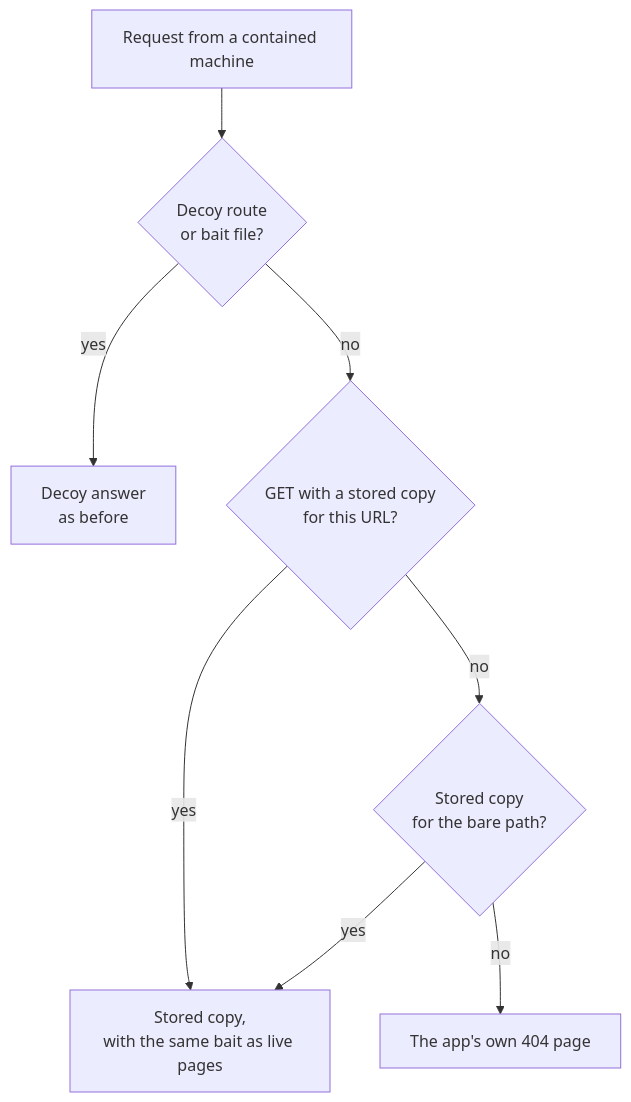
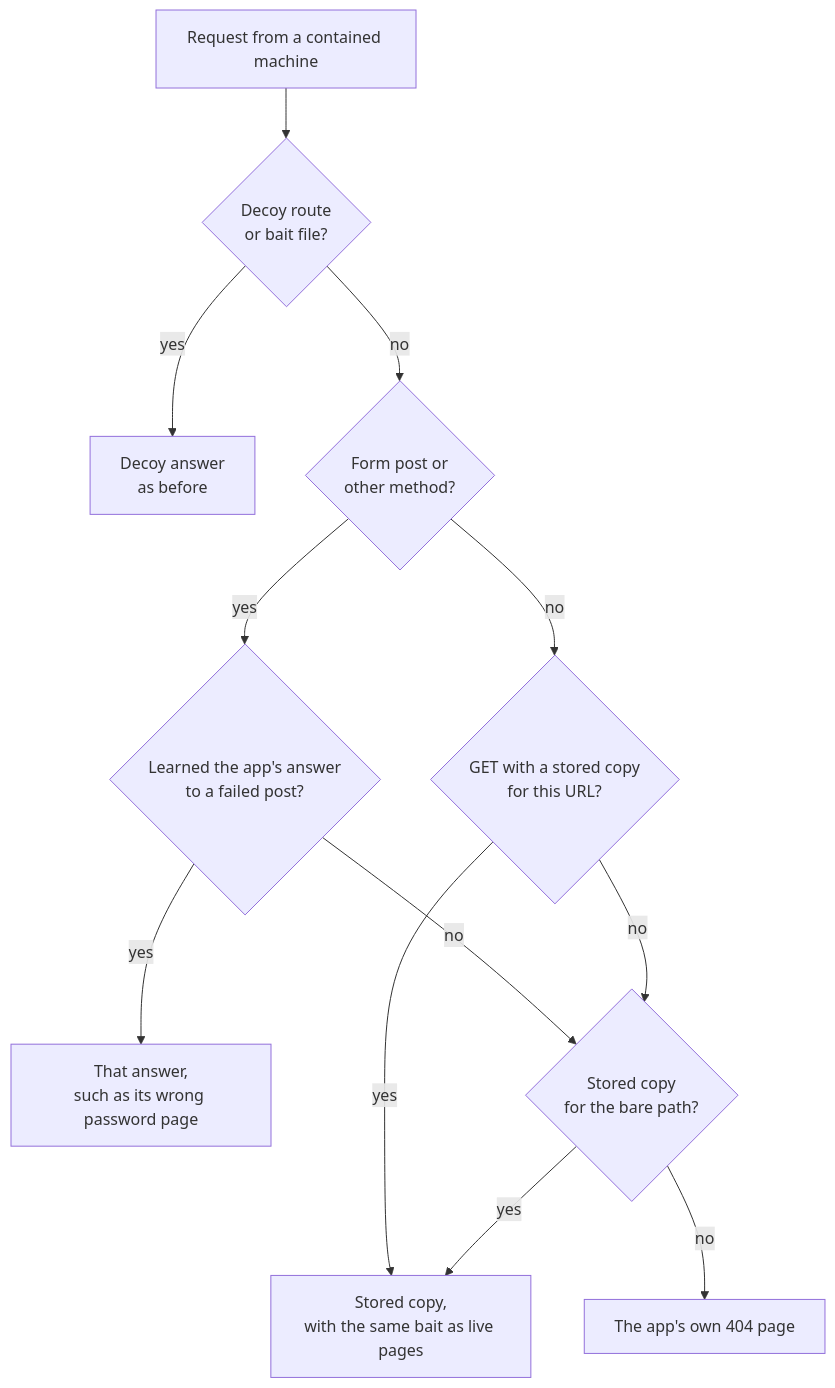
One commit to agenticslabs-xyz/lurensic changed the diagram in docs/guides/containment.md. Above: the diagram before and after it, drawn with Mermaid. The commit also changed other lines of this file and 55 other files, not shown here.

````diff
--- a/docs/guides/containment.md
+++ b/docs/guides/containment.md
@@ -63,10 +63,14 @@
 ```mermaid
 flowchart TB
     R["Request from a contained machine"] --> D{"Decoy route<br/>or bait file?"}
     D -->|yes| DEC["Decoy answer<br/>as before"]
-    D -->|no| G{"GET with a stored copy<br/>for this URL?"}
+    D -->|no| P{"Form post or<br/>other method?"}
+    P -->|yes| F{"Learned the app's answer<br/>to a failed post?"}
+    F -->|yes| FAIL["That answer,<br/>such as its wrong password page"]
+    F -->|no| B
+    P -->|no| G{"GET with a stored copy<br/>for this URL?"}
     G -->|yes| COPY["Stored copy,<br/>with the same bait as live pages"]
     G -->|no| B{"Stored copy<br/>for the bare path?"}
     B -->|yes| COPY
     B -->|no| NF["The app's own 404 page"]
 ```
````
